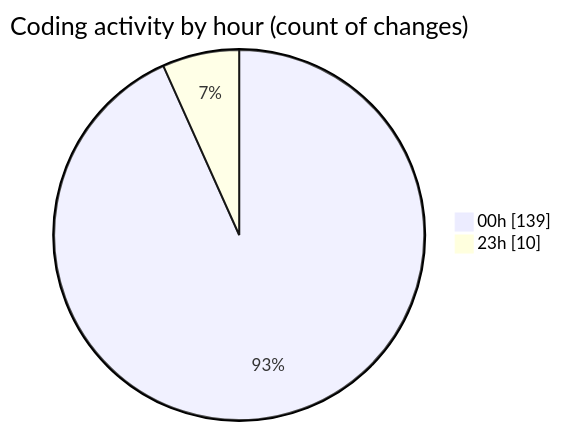
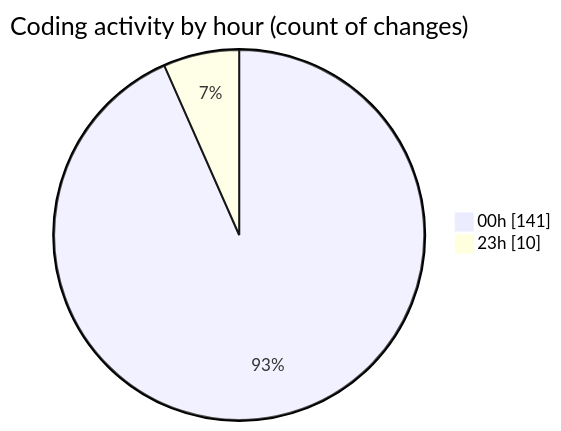
Before and after one commit to Ritupan-Deka/code-tracking: the second of 2 diagrams in 2025-07-18/mern-workoutboard/README.md, drawn with Mermaid. The commit also changed other lines of this file and 1 other file, not shown here.

````diff
--- a/2025-07-18/mern-workoutboard/README.md
+++ b/2025-07-18/mern-workoutboard/README.md
@@ -35,6 +35,6 @@
 ```mermaid
 pie showData
 title Coding activity by hour (count of changes)
-"00h" : 139
+"00h" : 141
 "23h" : 10
 ```
````
